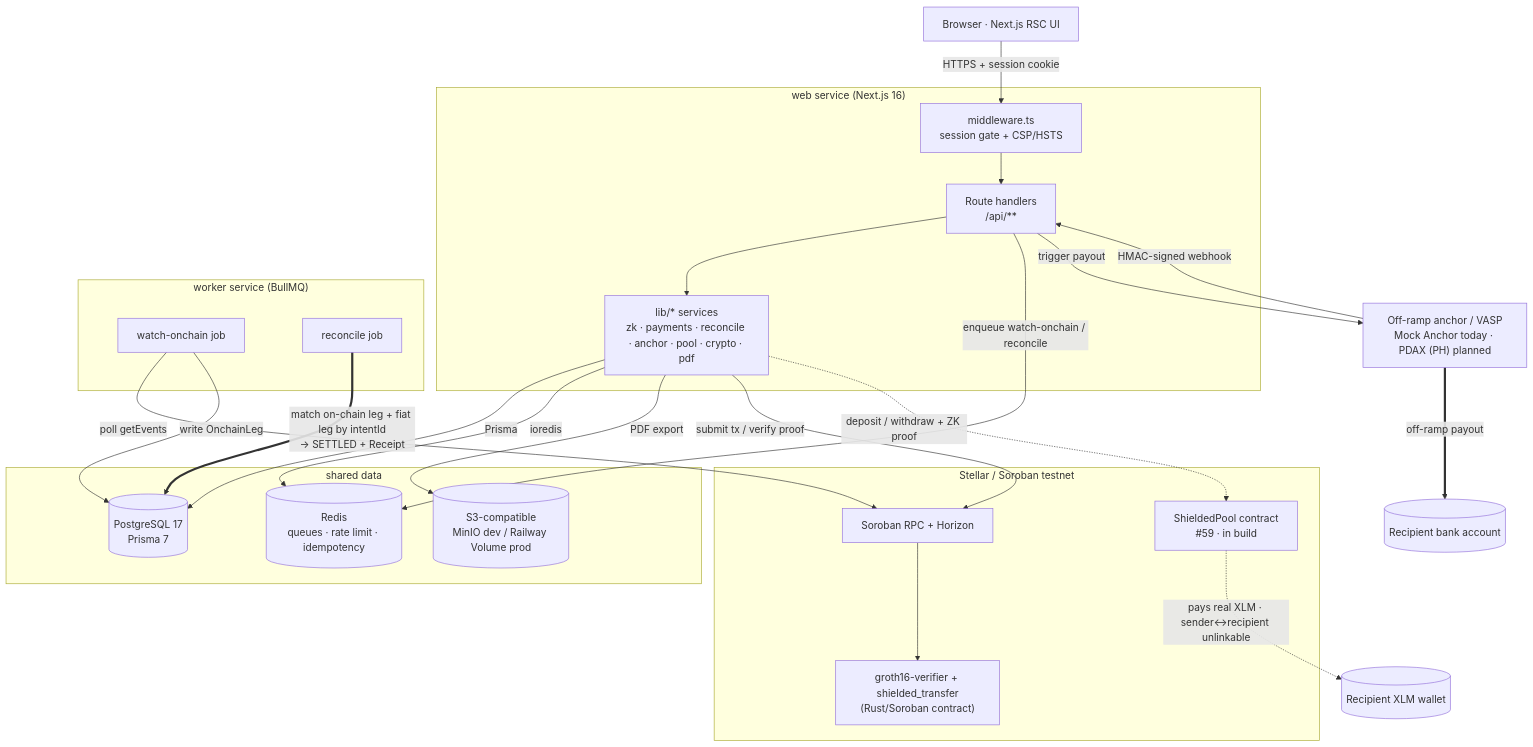
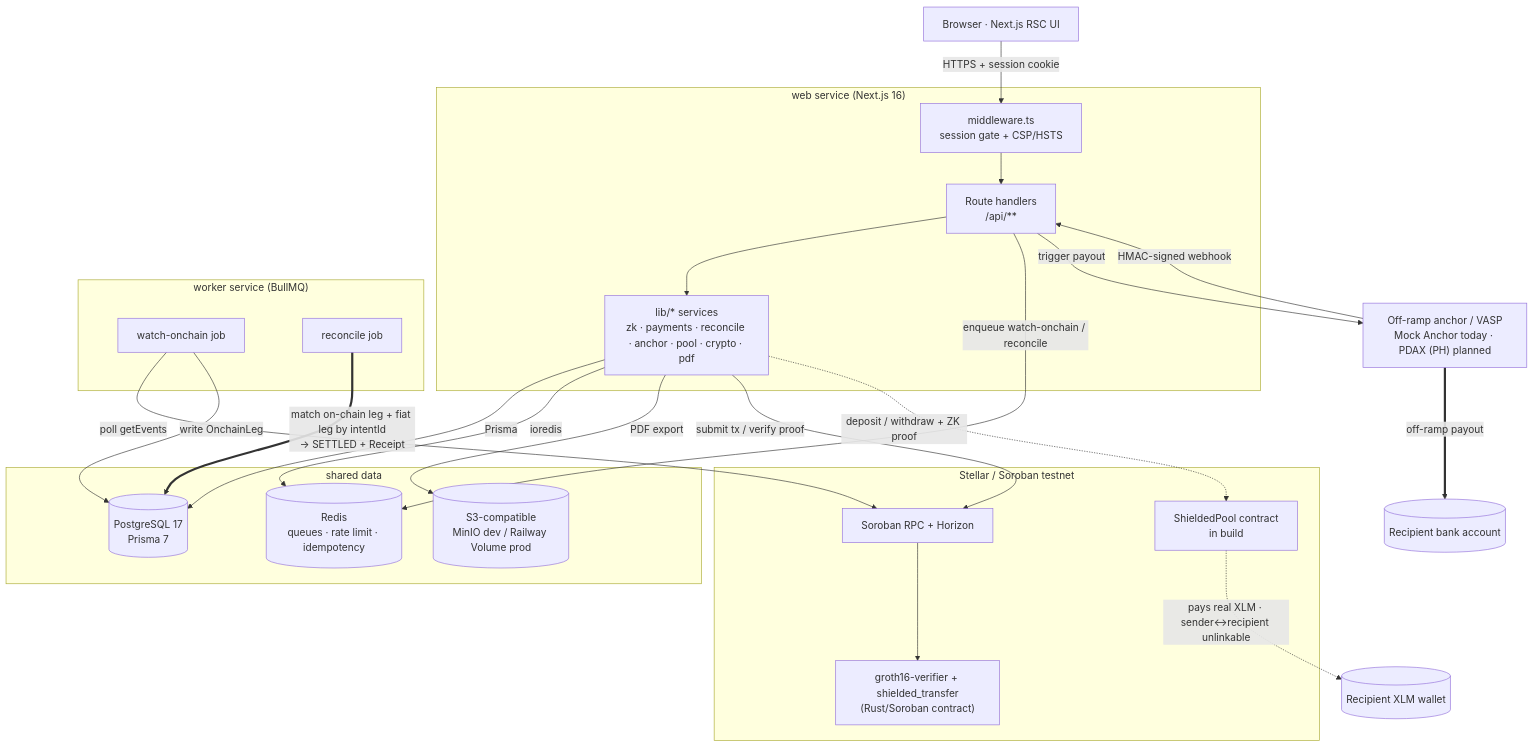
The first of 4 diagrams in README.md (huntersam1/trexure), drawn with Mermaid before and after one commit. The commit also changed other lines of this file, not shown here.

````diff
--- a/README.md
+++ b/README.md
@@ -74,45 +74,45 @@
 ```mermaid
 flowchart TB
     B[Browser · Next.js RSC UI]
     subgraph Web["web service (Next.js 16)"]
         MW[middleware.ts<br/>session gate + CSP/HSTS]
         API["Route handlers<br/>/api/**"]
         LIB[lib/* services<br/>zk · payments · reconcile · anchor · pool · crypto · pdf]
     end
     subgraph Worker["worker service (BullMQ)"]
         WON[watch-onchain job]
         REC[reconcile job]
     end
     subgraph Data["shared data"]
         PG[(PostgreSQL 17<br/>Prisma 7)]
         RED[(Redis<br/>queues · rate limit · idempotency)]
         S3[(S3-compatible<br/>MinIO dev / Railway Volume prod)]
     end
     subgraph Chain["Stellar / Soroban testnet"]
         RPC[Soroban RPC + Horizon]
         VC["groth16-verifier + shielded_transfer<br/>(Rust/Soroban contract)"]
-        POOL["ShieldedPool contract<br/>#59 · in build"]
+        POOL["ShieldedPool contract<br/>in build"]
     end
     ANCHOR["Off-ramp anchor / VASP<br/>Mock Anchor today · PDAX (PH) planned"]
     WALLET[(Recipient XLM wallet)]
     BANK[(Recipient bank account)]
 
     B -->|HTTPS + session cookie| MW --> API --> LIB
     LIB -->|Prisma| PG
     LIB -->|ioredis| RED
     LIB -->|PDF export| S3
     LIB -->|submit tx / verify proof| RPC --> VC
     API -->|enqueue watch-onchain / reconcile| RED
     WON -->|poll getEvents| RPC
     WON -->|write OnchainLeg| PG
 
     %% Rail B — private fiat payout (LIVE)
     API -->|trigger payout| ANCHOR
     ANCHOR -->|HMAC-signed webhook| API
     ANCHOR ==>|off-ramp payout| BANK
     REC ==>|match on-chain leg + fiat leg by intentId<br/>→ SETTLED + Receipt| PG
 
-    %% Rail A — private on-chain transfer (#59, IN BUILD)
+    %% Rail A — private on-chain transfer (IN BUILD)
     LIB -.->|deposit / withdraw + ZK proof| POOL
     POOL -.->|pays real XLM · sender↔recipient unlinkable| WALLET
 ```
````
